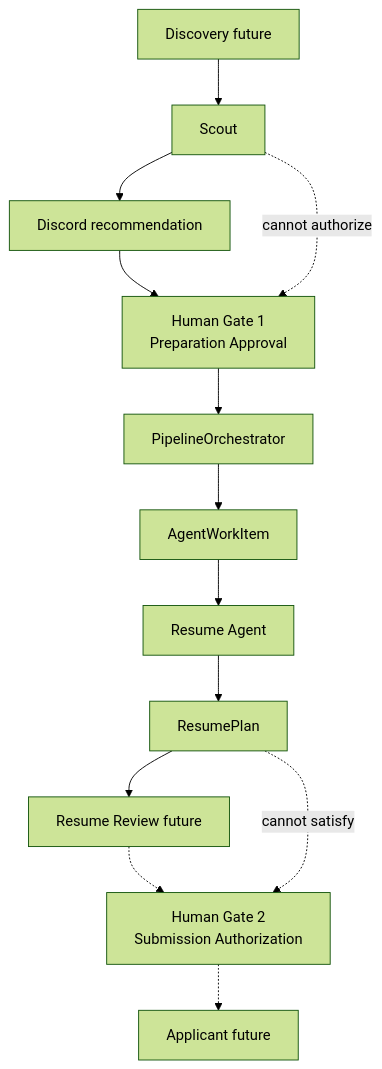
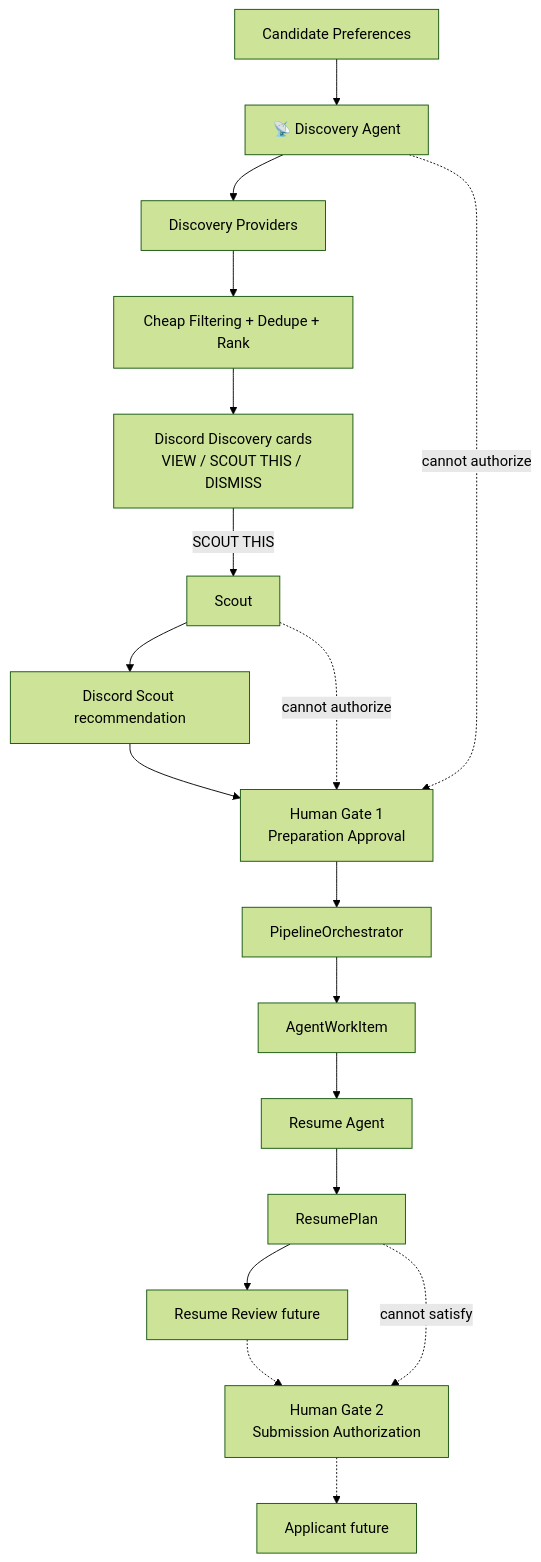
The diagram in README.md (SamBeals/ai-job-agent), drawn with Mermaid (forest theme) before and after one commit. The commit also changed other lines of this file and 31 other files, not shown here.

First line of the commit message:
Add Discovery Agent MVP for preference-driven job search.

````diff
--- a/README.md
+++ b/README.md
@@ -61,19 +61,24 @@
 ```mermaid
 flowchart TB
-  D[Discovery future]
+  P[Candidate Preferences]
+  D[📡 Discovery Agent]
+  PR[Discovery Providers]
+  F[Cheap Filtering + Dedupe + Rank]
+  DC[Discord Discovery cards\nVIEW / SCOUT THIS / DISMISS]
   S[Scout]
-  DR[Discord recommendation]
+  DR[Discord Scout recommendation]
   G1[Human Gate 1\nPreparation Approval]
   O[PipelineOrchestrator]
   W[AgentWorkItem]
   R[Resume Agent]
   RP[ResumePlan]
   RR[Resume Review future]
   G2[Human Gate 2\nSubmission Authorization]
   A[Applicant future]
 
-  D --> S --> DR --> G1 --> O --> W --> R --> RP --> RR
+  P --> D --> PR --> F --> DC -->|SCOUT THIS| S --> DR --> G1 --> O --> W --> R --> RP --> RR
   RR -.-> G2 -.-> A
   S -.->|"cannot authorize"| G1
+  D -.->|"cannot authorize"| G1
   RP -.->|"cannot satisfy"| G2
 ```
````
